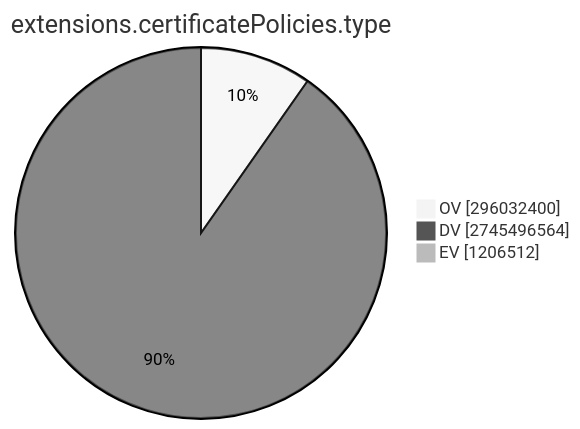
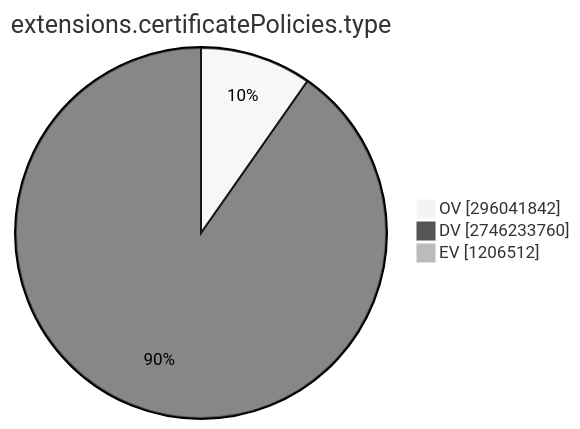
Before and after one commit to christiankrug/ctmonitor_visualization: the ninth of 15 diagrams in TOTAL/README.md, drawn with Mermaid (neutral theme). The commit also changed other lines of this file, not shown here.

````diff
--- a/TOTAL/README.md
+++ b/TOTAL/README.md
@@ -3098,7 +3098,7 @@
 ```mermaid
 pie showData
 title extensions.certificatePolicies.type
-"OV" :296032400
-"DV" :2745496564
+"OV" :296041842
+"DV" :2746233760
 "EV" :1206512
 ```
````
